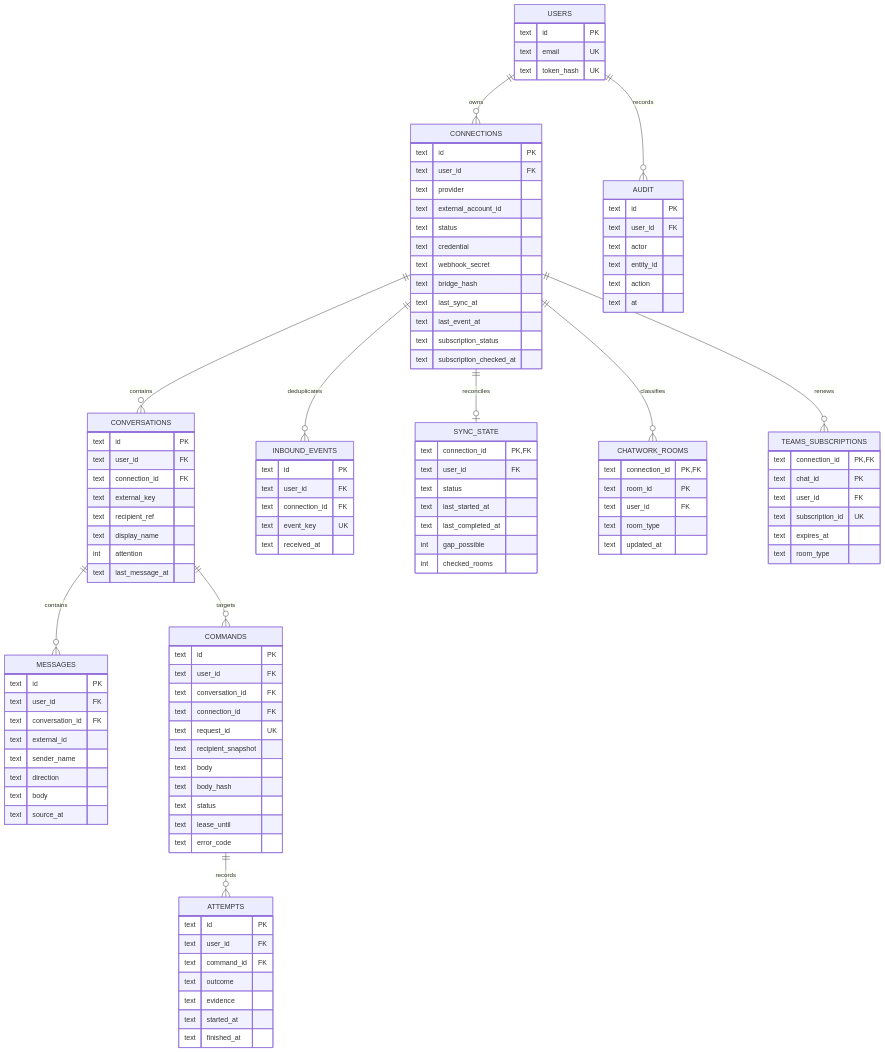
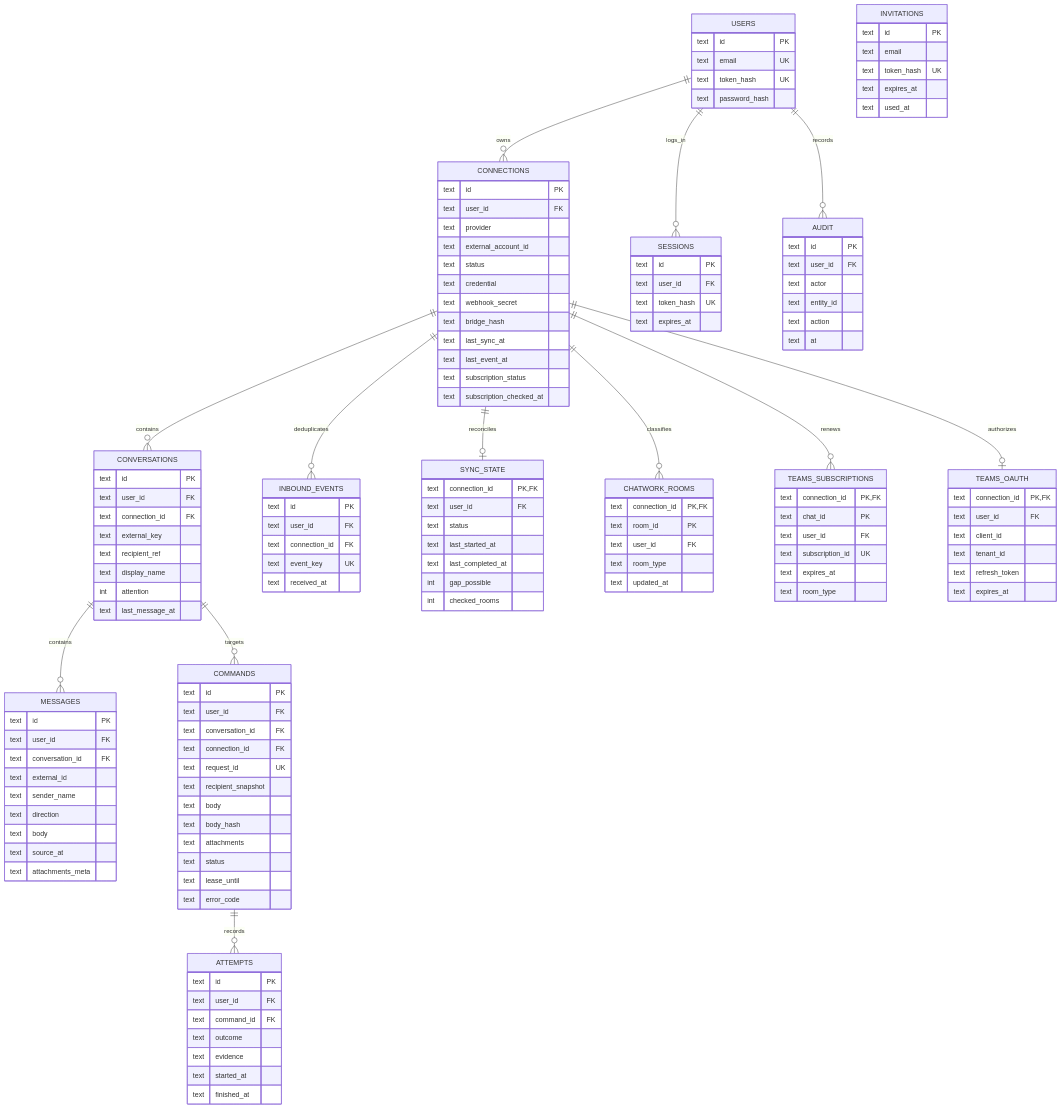
Before and after one commit to fukushima-cyber/unified-inbox-oss: the diagram in docs/data-model.md, drawn with Mermaid. The commit also changed other lines of this file and 11 other files, not shown here.

````diff
--- a/docs/data-model.md
+++ b/docs/data-model.md
@@ -7,6 +5,7 @@
 ```mermaid
 erDiagram
     USERS ||--o{ CONNECTIONS : owns
+    USERS ||--o{ SESSIONS : logs_in
     CONNECTIONS ||--o{ CONVERSATIONS : contains
     CONVERSATIONS ||--o{ MESSAGES : contains
     CONNECTIONS ||--o{ INBOUND_EVENTS : deduplicates
@@ -16,11 +15,26 @@
     CONNECTIONS ||--o| SYNC_STATE : reconciles
     CONNECTIONS ||--o{ CHATWORK_ROOMS : classifies
     CONNECTIONS ||--o{ TEAMS_SUBSCRIPTIONS : renews
+    CONNECTIONS ||--o| TEAMS_OAUTH : authorizes
 
     USERS {
         text id PK
         text email UK
         text token_hash UK
+        text password_hash
+    }
+    INVITATIONS {
+        text id PK
+        text email
+        text token_hash UK
+        text expires_at
+        text used_at
+    }
+    SESSIONS {
+        text id PK
+        text user_id FK
+        text token_hash UK
+        text expires_at
     }
     CONNECTIONS {
         text id PK
@@ -55,6 +69,7 @@
         text direction
         text body
         text source_at
+        text attachments_meta
     }
     INBOUND_EVENTS {
         text id PK
@@ -72,6 +87,7 @@
         text recipient_snapshot
         text body
         text body_hash
+        text attachments
         text status
         text lease_until
         text error_code
@@ -117,4 +133,12 @@
         text expires_at
         text room_type
     }
+    TEAMS_OAUTH {
+        text connection_id PK,FK
+        text user_id FK
+        text client_id
+        text tenant_id
+        text refresh_token
+        text expires_at
+    }
 ```
````
